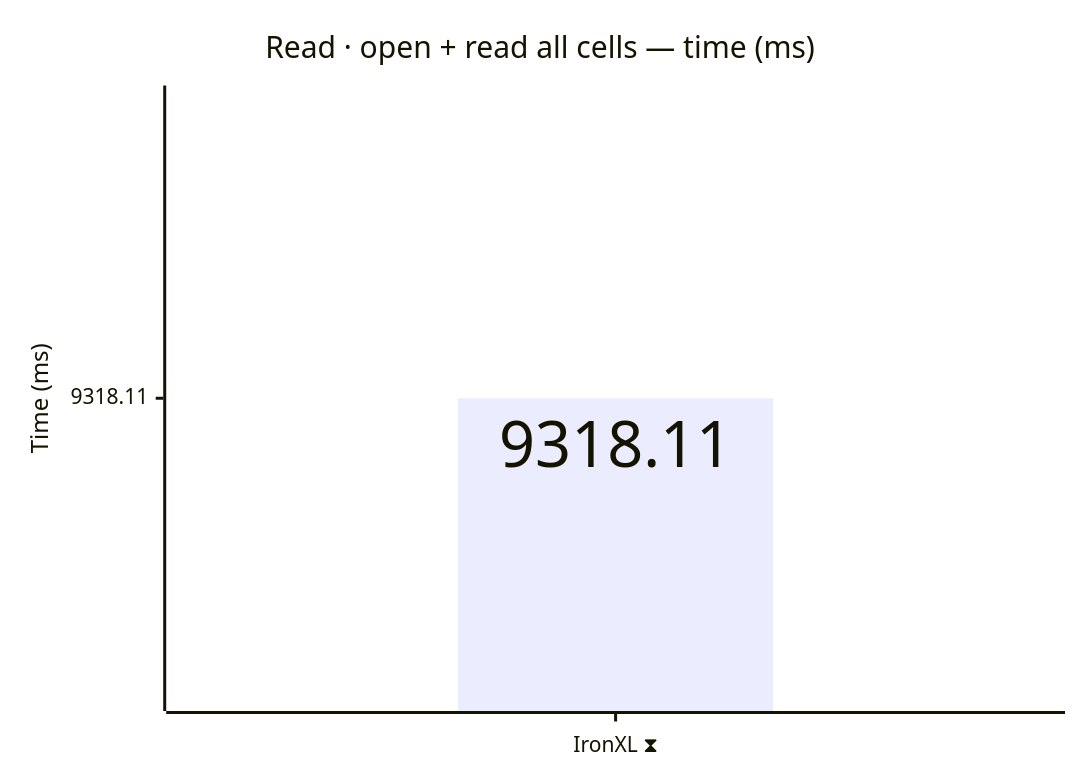
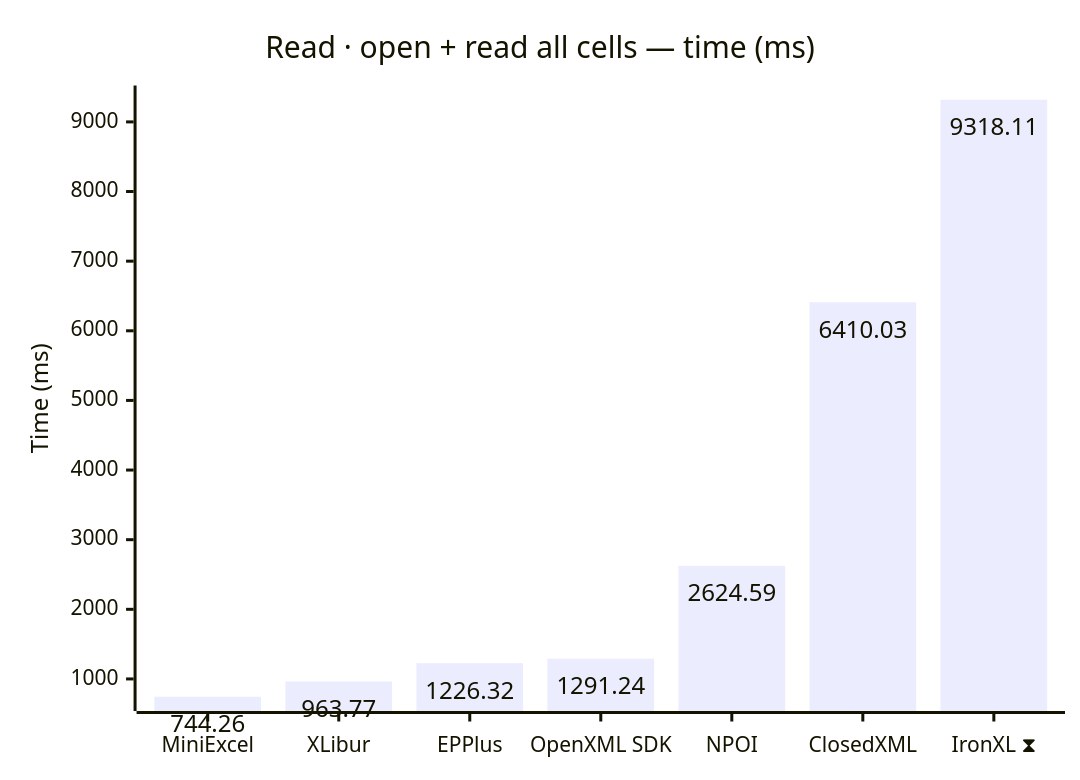
The third of 12 diagrams in docs/results.md (jafin/XLBench), drawn with Mermaid before and after one commit. The commit also changed other lines of this file and 1 other file, not shown here.

````diff
--- a/docs/results.md
+++ b/docs/results.md
@@ -65,12 +65,12 @@
 ```mermaid
 ---
 config:
   xyChart:
     showDataLabel: true
 ---
 xychart-beta
     title "Read · open + read all cells — time (ms)"
-    x-axis ["IronXL ⧗"]
+    x-axis ["MiniExcel", "XLibur", "EPPlus", "OpenXML SDK", "NPOI", "ClosedXML", "IronXL ⧗"]
     y-axis "Time (ms)"
-    bar [9318.11]
+    bar [744.26, 963.77, 1226.32, 1291.24, 2624.59, 6410.03, 9318.11]
 ```
````
